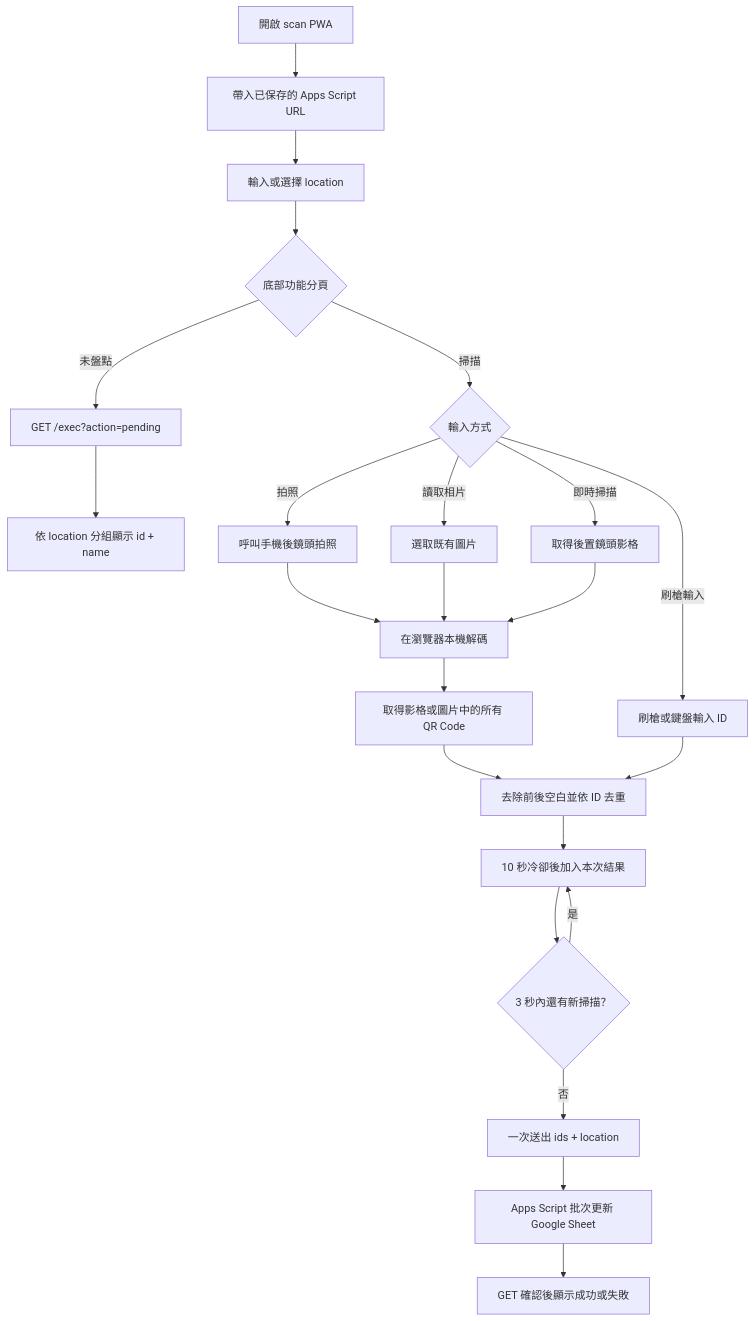
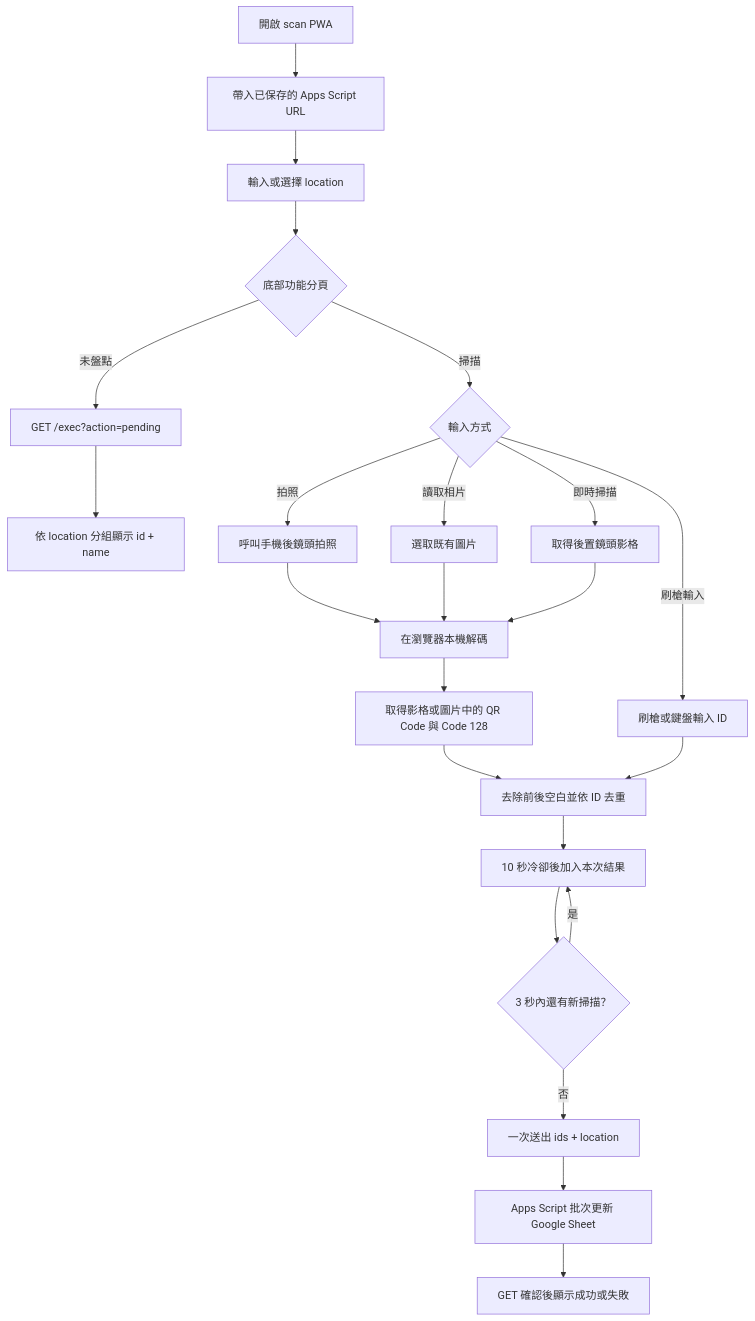
Before and after one commit to pulipulichen/Mobile-Inventory-Scanner: the fifth of 5 diagrams in docs/architecture.md, drawn with Mermaid. The commit also changed other lines of this file and 19 other files, not shown here.

````diff
--- a/docs/architecture.md
+++ b/docs/architecture.md
@@ -266,25 +266,25 @@
 ```mermaid
 flowchart TD
     A["開啟 scan PWA"] --> B["帶入已保存的 Apps Script URL"]
     B --> C["輸入或選擇 location"]
     C --> D{"底部功能分頁"}
     D -->|"未盤點"| E["GET /exec?action=pending"]
     E --> F["依 location 分組顯示 id + name"]
     D -->|"掃描"| G{"輸入方式"}
     G -->|"拍照"| H["呼叫手機後鏡頭拍照"]
     G -->|"讀取相片"| I["選取既有圖片"]
     G -->|"即時掃描"| J["取得後置鏡頭影格"]
     G -->|"刷槍輸入"| S["刷槍或鍵盤輸入 ID"]
     H --> K["在瀏覽器本機解碼"]
     I --> K
     J --> K
-    K --> L["取得影格或圖片中的所有 QR Code"]
+    K --> L["取得影格或圖片中的 QR Code 與 Code 128"]
     L --> M["去除前後空白並依 ID 去重"]
     S --> M
     M --> N["10 秒冷卻後加入本次結果"]
     N --> O{"3 秒內還有新掃描？"}
     O -->|"是"| N
     O -->|"否"| P["一次送出 ids + location"]
     P --> Q["Apps Script 批次更新 Google Sheet"]
     Q --> R["GET 確認後顯示成功或失敗"]
 ```
````
